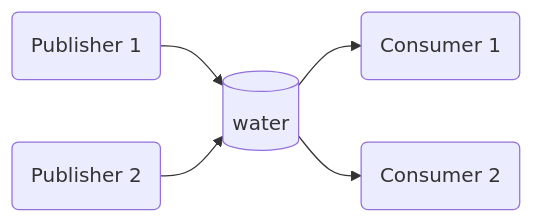
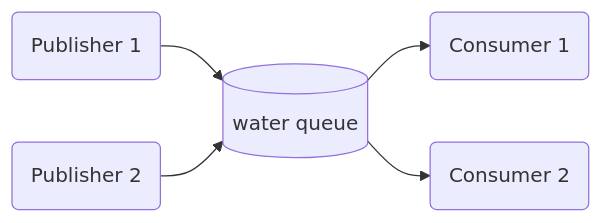
One commit to go-yaaf/yaaf-common-redis changed the diagram in examples/message_queue/README.md. Above: the diagram before and after it, drawn with Mermaid. The commit also changed other lines of this file and 2 other files, not shown here.

Commit message:
Update README.md with Mermaid diagram

````diff
--- a/examples/message_queue/README.md
+++ b/examples/message_queue/README.md
@@ -10,7 +10,7 @@
 ```mermaid
 flowchart LR
-   p1(Publisher 1) --> q1[(water)]
-   p2(Publisher 2) --> q1[(water)]
-   q1[(water)] --> c1(Consumer 1)
-   q1[(water)] --> c2(Consumer 2)
+   p1(Publisher 1) --> q1[(water queue)]
+   p2(Publisher 2) --> q1[(water queue)]
+   q1[(water queue)] --> c1(Consumer 1)
+   q1[(water queue)] --> c2(Consumer 2)
 ```
````
